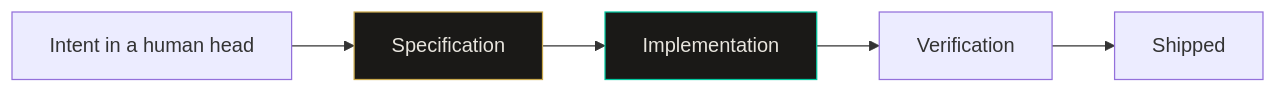
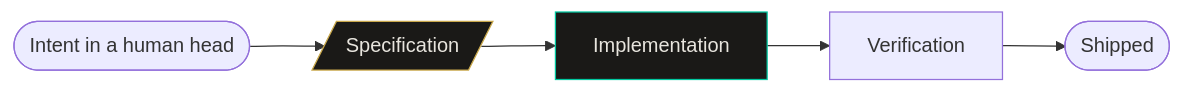
The first of 2 diagrams in src/content/analysis/execution-cheap-specification-skill.mdx (CyberdaemonAI/cyberdaemon-site), drawn with Mermaid before and after one commit. The commit also changed 23 other files, not shown here.

First line of the commit message:
style(diagrams): retrofit all mermaid diagrams to flowchart syntax site-wide

````diff
--- a/src/content/analysis/execution-cheap-specification-skill.mdx
+++ b/src/content/analysis/execution-cheap-specification-skill.mdx
@@ -43,9 +43,9 @@
 ```mermaid
-graph LR
-    A[Intent in a human head] --> B[Specification]
+flowchart LR
+    A([Intent in a human head]) --> B[/Specification/]
     B --> C[Implementation]
     C --> D[Verification]
-    D --> E[Shipped]
+    D --> E([Shipped])
     style B fill:#1a1917,stroke:#c9a84c,color:#e8e5de
     style C fill:#1a1917,stroke:#00c8a0,color:#e8e5de
 ```
````
